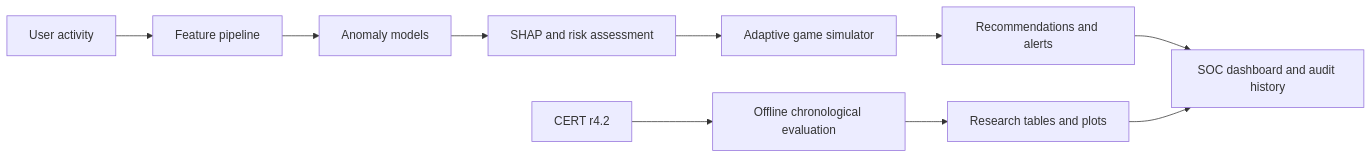
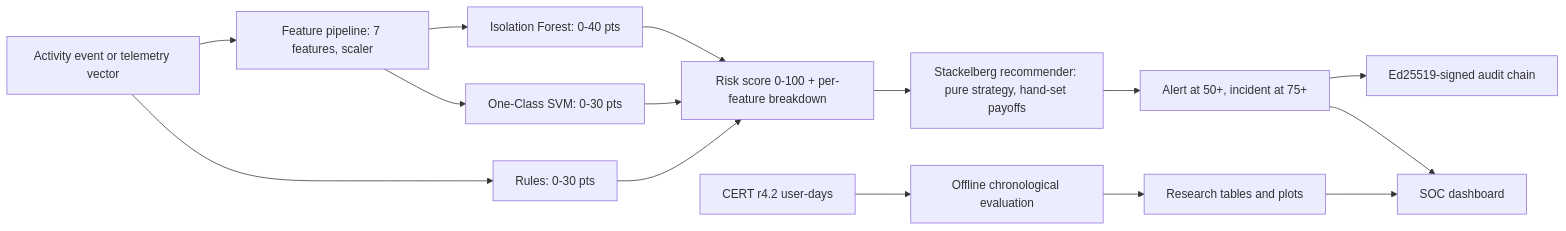
One commit to nimeshupadhyay12/Sentinel-AI changed the diagram in README.md. Above: the diagram before and after it, drawn with Mermaid. The commit also changed other lines of this file and 4 other files, not shown here.

````diff
--- a/README.md
+++ b/README.md
@@ -67,12 +68,14 @@
 ```mermaid
 flowchart LR
-    A[User activity] --> B[Feature pipeline]
-    B --> C[Anomaly models]
-    C --> D[SHAP and risk assessment]
-    D --> E[Adaptive game simulator]
-    E --> F[Recommendations and alerts]
-    F --> G[SOC dashboard and audit history]
-    H[CERT r4.2] --> I[Offline chronological evaluation]
-    I --> J[Research tables and plots]
-    J --> G
+    A[Activity event or telemetry vector] --> B[Feature pipeline: 7 features, scaler]
+    B --> C1[Isolation Forest: 0-40 pts]
+    B --> C2[One-Class SVM: 0-30 pts]
+    A --> C3[Rules: 0-30 pts]
+    C1 & C2 & C3 --> D[Risk score 0-100 + per-feature breakdown]
+    D --> E[Stackelberg recommender: pure strategy, hand-set payoffs]
+    E --> F[Alert at 50+, incident at 75+]
+    F --> G[Ed25519-signed audit chain]
+    F --> H[SOC dashboard]
+    I[CERT r4.2 user-days] --> J[Offline chronological evaluation]
+    J --> K[Research tables and plots] --> H
 ```
````
